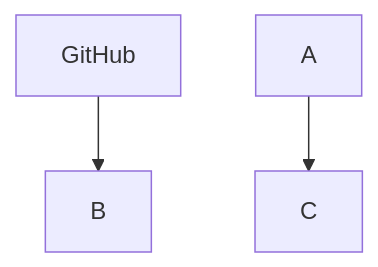
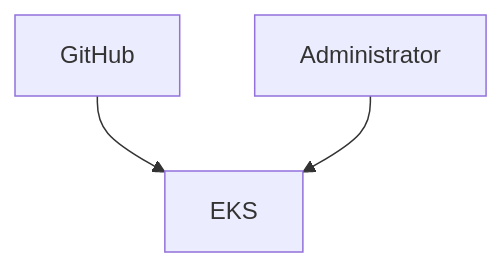
The diagram in records/2024-02-15.private-eks-cluster.md (cds-snc/notification-adr), drawn with Mermaid before and after one commit.

Commit message:
first crack at eks private

````diff
--- a/records/2024-02-15.private-eks-cluster.md
+++ b/records/2024-02-15.private-eks-cluster.md
@@ -21,5 +21,5 @@
 ```mermaid
 graph TD;
-    GitHub-->B;
-    A-->C;
+    GitHub-->EKS;
+    Administrator-->EKS;
 ```
````
